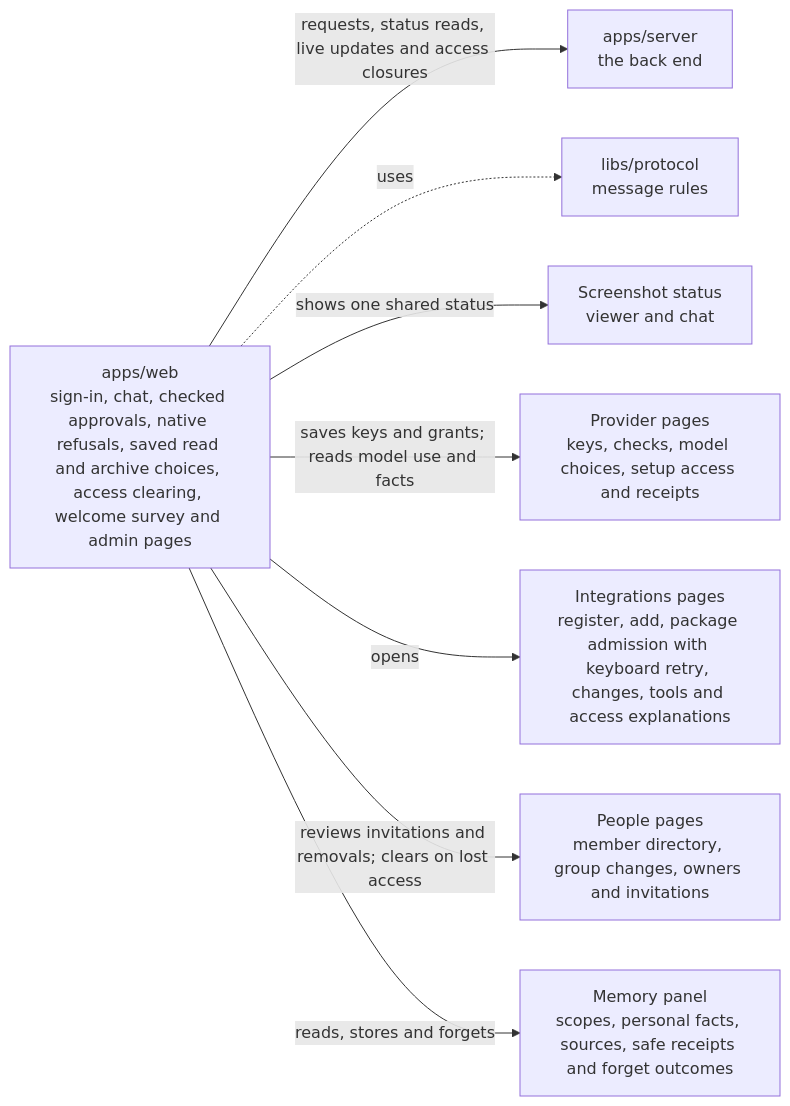
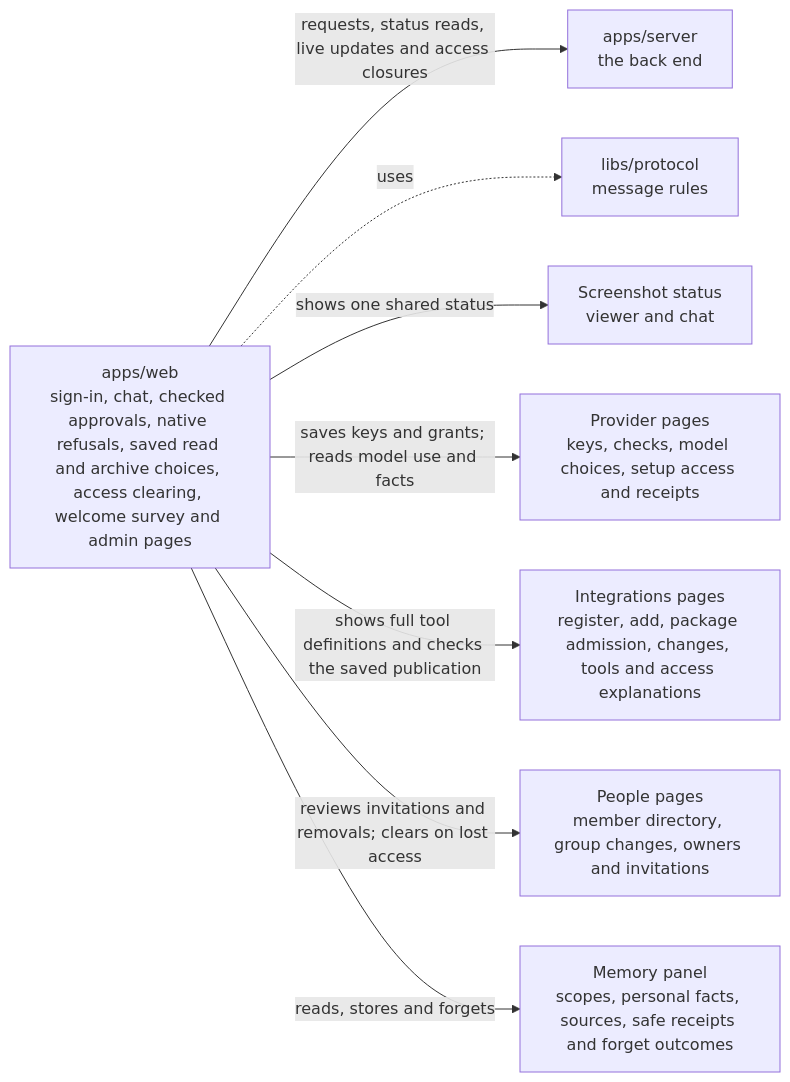
One commit to elewa-git/opencrane-new changed the diagram in apps/web/README.md. Above: the diagram before and after it, drawn with Mermaid. The commit also changed other lines of this file and 18 other files, not shown here.

````diff
--- a/apps/web/README.md
+++ b/apps/web/README.md
@@ -11,10 +11,10 @@
 ```mermaid
 flowchart LR
   web["apps/web<br/>sign-in, chat, checked approvals, native refusals, saved read and archive choices, access clearing, welcome survey and admin pages"] -->|requests, status reads, live updates and access closures| server["apps/server<br/>the back end"]
   web -.->|uses| protocol["libs/protocol<br/>message rules"]
   web -->|shows one shared status| capture["Screenshot status<br/>viewer and chat"]
   web -->|saves keys and grants; reads model use and facts| providers["Provider pages<br/>keys, checks, model choices, setup access and receipts"]
-  web -->|opens| integrations["Integrations pages<br/>register, add, package admission with keyboard retry, changes, tools and access explanations"]
+  web -->|shows full tool definitions and checks the saved publication| integrations["Integrations pages<br/>register, add, package admission, changes, tools and access explanations"]
   web -->|reviews invitations and removals; clears on lost access| people["People pages<br/>member directory, group changes, owners and invitations"]
   web -->|reads, stores and forgets| memory["Memory panel<br/>scopes, personal facts, sources, safe receipts and forget outcomes"]
 ```
````
